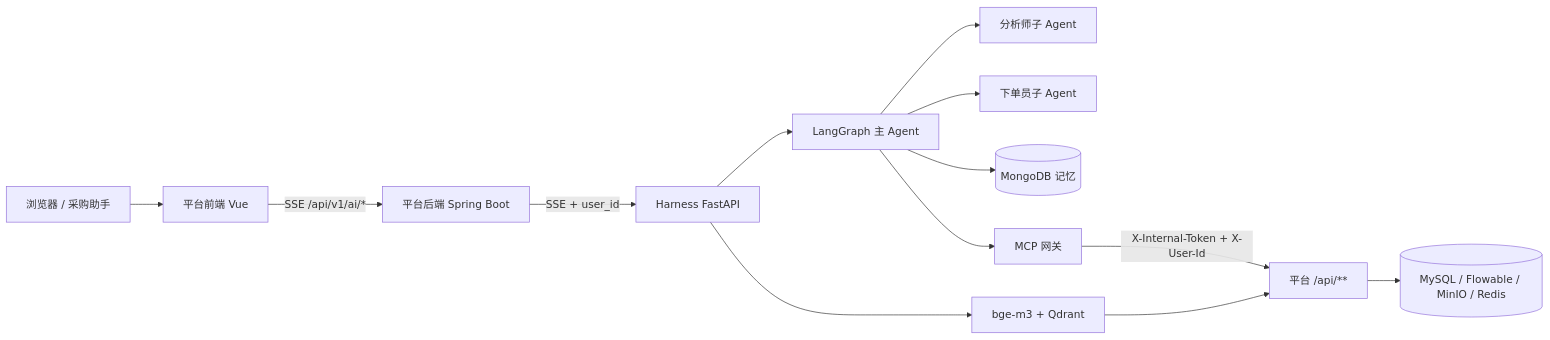
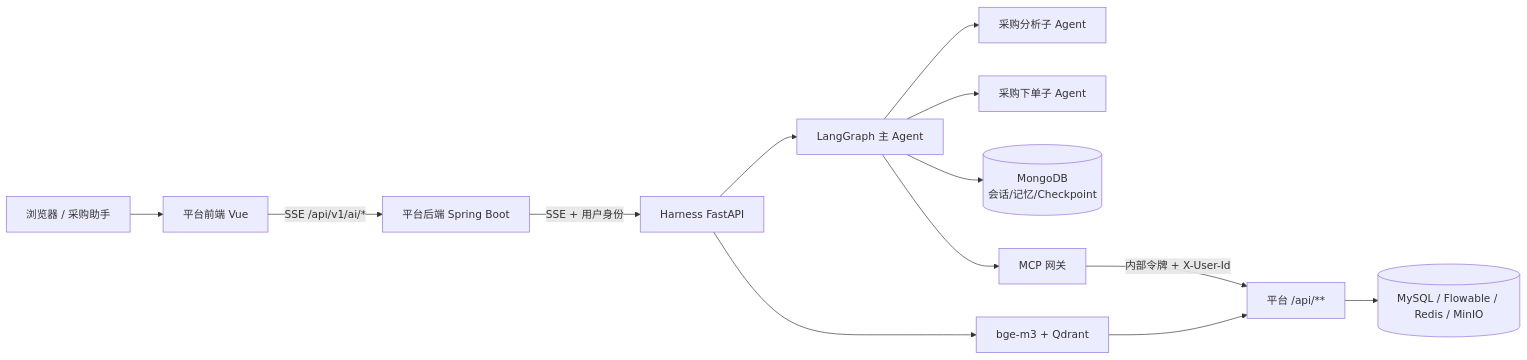
The diagram in README.md (q2392044156/procurement-agent-harness), drawn with Mermaid before and after one commit. The commit also changed other lines of this file and 4 other files, not shown here.

````diff
--- a/README.md
+++ b/README.md
@@ -24,15 +27,15 @@
 ```mermaid
 flowchart LR
   U["浏览器 / 采购助手"] --> FE["平台前端 Vue"]
   FE -->|"SSE /api/v1/ai/*"| BE["平台后端 Spring Boot"]
-  BE -->|"SSE + user_id"| A["Harness FastAPI"]
+  BE -->|"SSE + 用户身份"| A["Harness FastAPI"]
   A --> G["LangGraph 主 Agent"]
-  G --> S1["分析师子 Agent"]
-  G --> S2["下单员子 Agent"]
-  G --> M[("MongoDB 记忆")]
+  G --> S1["采购分析子 Agent"]
+  G --> S2["采购下单子 Agent"]
+  G --> MEM[("MongoDB<br/>会话/记忆/Checkpoint")]
   G --> MCP["MCP 网关"]
-  MCP -->|"X-Internal-Token + X-User-Id"| API["平台 /api/**"]
+  MCP -->|"内部令牌 + X-User-Id"| API["平台 /api/**"]
   A --> RAG["bge-m3 + Qdrant"]
   RAG --> API
-  API --> DB[("MySQL / Flowable / MinIO / Redis")]
+  API --> DB[("MySQL / Flowable / Redis / MinIO")]
 ```
````
